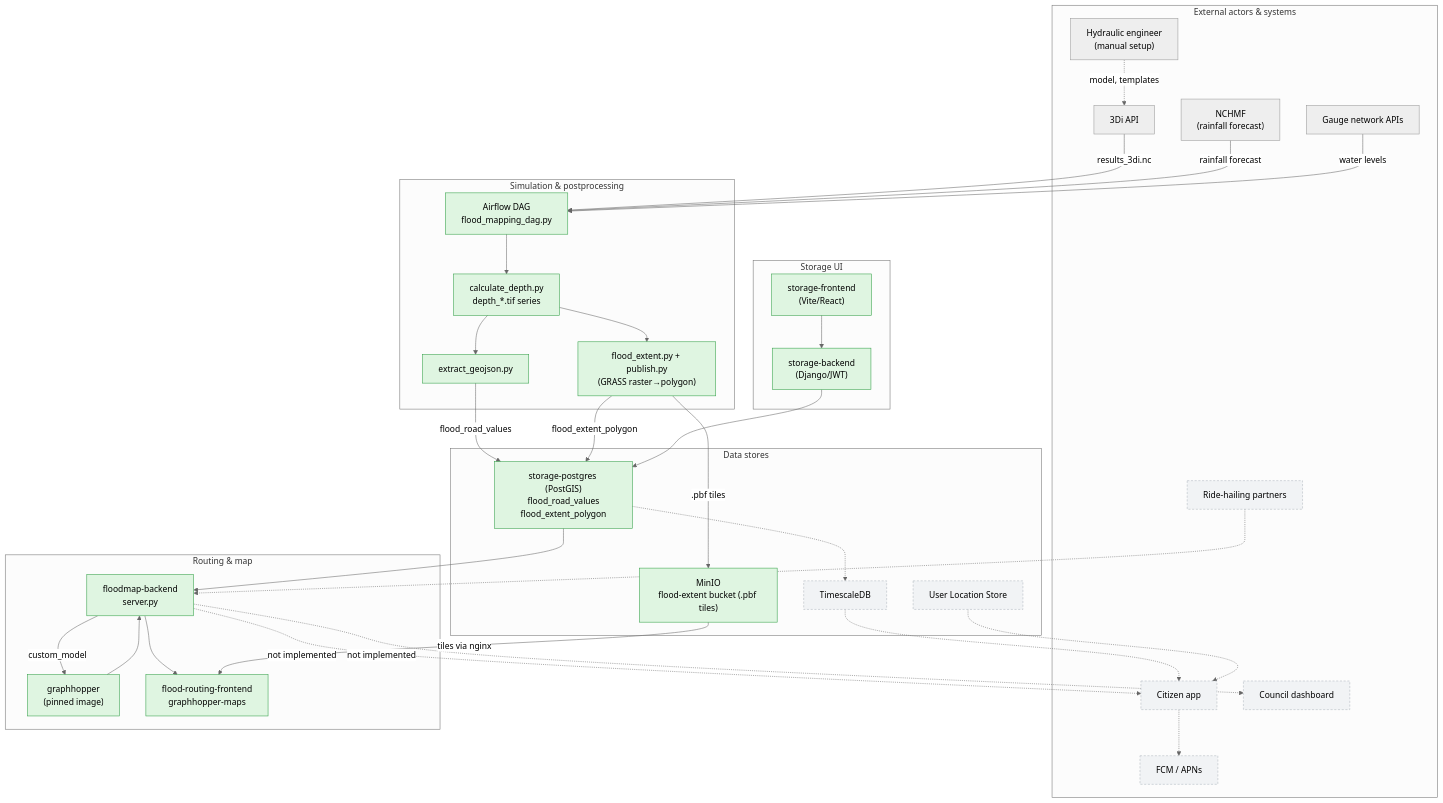
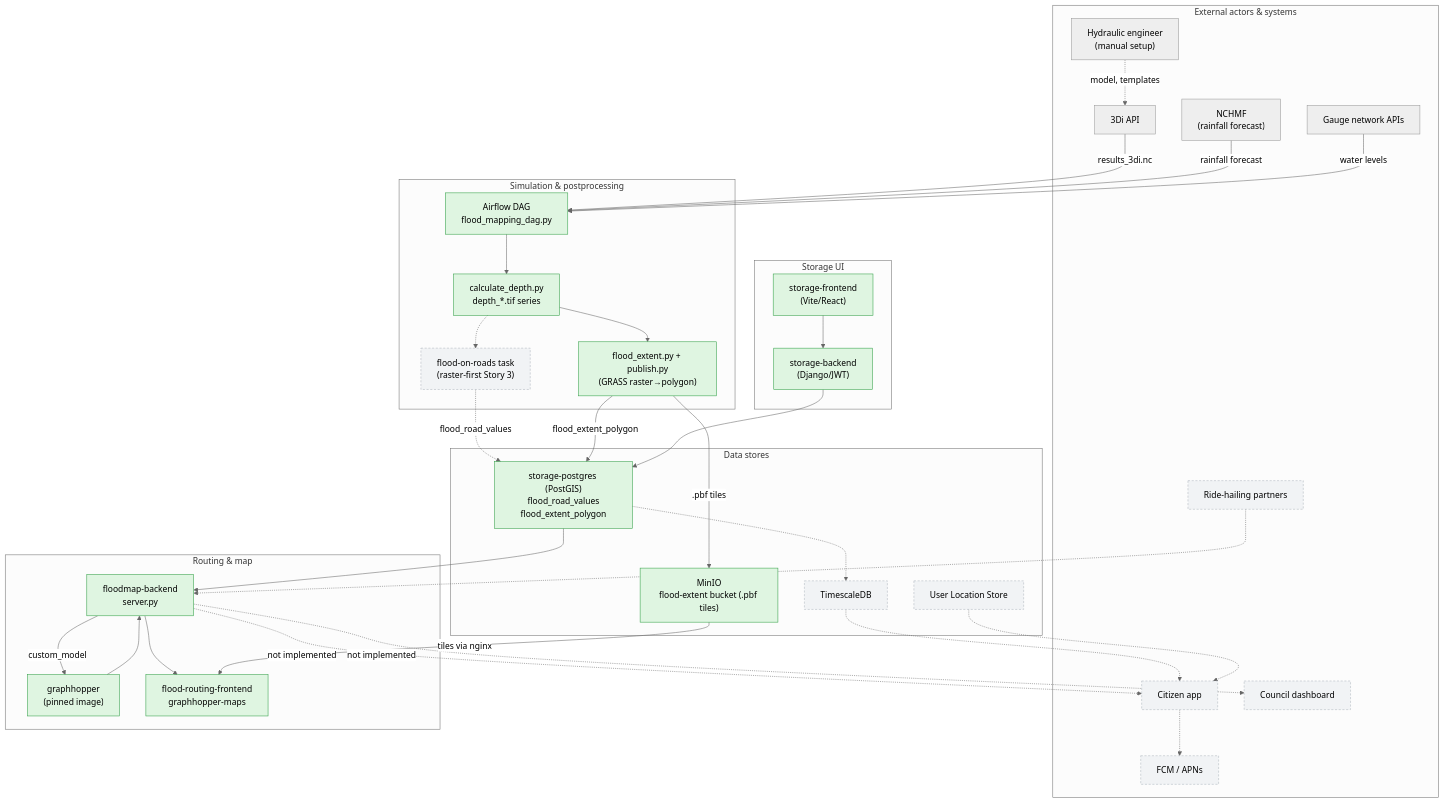
One commit to alice182012-dev/t3-digital-twin changed the diagram in artifacts/docs/concepts/architecture-block-diagram.md. Above: the diagram before and after it, drawn with Mermaid (neutral theme). The commit also changed other lines of this file and 3 other files, not shown here.

````diff
--- a/artifacts/docs/concepts/architecture-block-diagram.md
+++ b/artifacts/docs/concepts/architecture-block-diagram.md
@@ -17,67 +17,67 @@
 ```mermaid
 flowchart TB
   subgraph EXT["External actors & systems"]
     HE["Hydraulic engineer<br/>(manual setup)"]
     ThreeDI["3Di API"]
     NCHMF["NCHMF<br/>(rainfall forecast)"]
     GAUGE["Gauge network APIs"]
     CITIZEN["Citizen app"]:::designed
     COUNCIL["Council dashboard"]:::designed
     FCM["FCM / APNs"]:::designed
     PARTNER["Ride-hailing partners"]:::designed
   end
 
   subgraph PIPE["Simulation & postprocessing"]
     AIRFLOW["Airflow DAG<br/>flood_mapping_dag.py"]:::built
     DEPTH["calculate_depth.py<br/>depth_*.tif series"]:::built
-    ROUTEEXT["extract_geojson.py"]:::built
+    ROUTEEXT["flood-on-roads task<br/>(raster-first Story 3)"]:::designed
     TILEEXT["flood_extent.py + publish.py<br/>(GRASS raster→polygon)"]:::built
   end
 
   subgraph DATA["Data stores"]
     PG["storage-postgres (PostGIS)<br/>flood_road_values<br/>flood_extent_polygon"]:::built
     MINIO["MinIO<br/>flood-extent bucket (.pbf tiles)"]:::built
     TSDB["TimescaleDB"]:::designed
     ULS["User Location Store"]:::designed
   end
 
   subgraph ROUTE["Routing & map"]
     GH["graphhopper<br/>(pinned image)"]:::built
     BACKEND["floodmap-backend<br/>server.py"]:::built
     FRONTEND["flood-routing-frontend<br/>graphhopper-maps"]:::built
   end
 
   subgraph STORAGEUI["Storage UI"]
     SBACK["storage-backend<br/>(Django/JWT)"]:::built
     SFRONT["storage-frontend<br/>(Vite/React)"]:::built
   end
 
   ThreeDI -->|results_3di.nc| AIRFLOW
   NCHMF -->|rainfall forecast| AIRFLOW
   GAUGE -->|water levels| AIRFLOW
   HE -.->|model, templates| ThreeDI
   AIRFLOW --> DEPTH
-  DEPTH --> ROUTEEXT
+  DEPTH -.-> ROUTEEXT
   DEPTH --> TILEEXT
-  ROUTEEXT -->|flood_road_values| PG
+  ROUTEEXT -.->|flood_road_values| PG
   TILEEXT -->|flood_extent_polygon| PG
   TILEEXT -->|.pbf tiles| MINIO
   PG --> BACKEND
   BACKEND -->|custom_model| GH
   GH --> BACKEND
   BACKEND --> FRONTEND
   MINIO -->|tiles via nginx| FRONTEND
   SBACK --> PG
   SFRONT --> SBACK
 
   BACKEND -.->|not implemented| CITIZEN
   BACKEND -.->|not implemented| COUNCIL
   PG -.-> TSDB
   TSDB -.-> CITIZEN
   ULS -.-> CITIZEN
   CITIZEN -.-> FCM
   PARTNER -.-> BACKEND
 
   classDef built fill:#dff5e1,stroke:#2f9e44,stroke-width:1px;
   classDef designed fill:#f1f3f5,stroke:#adb5bd,stroke-width:1px,stroke-dasharray: 4 3;
 ```
````
